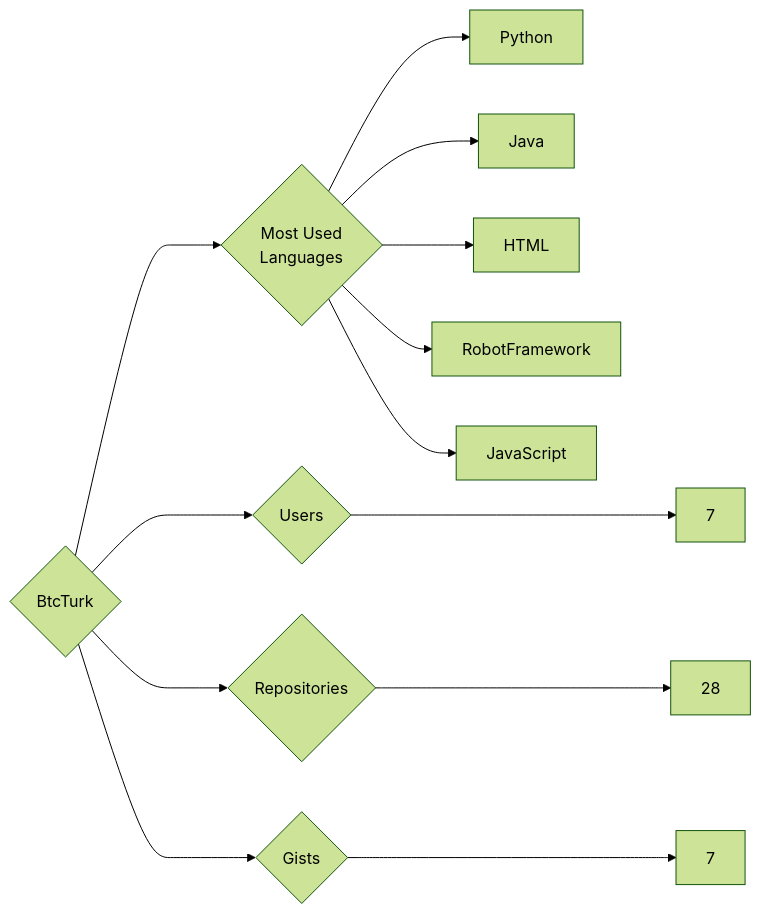
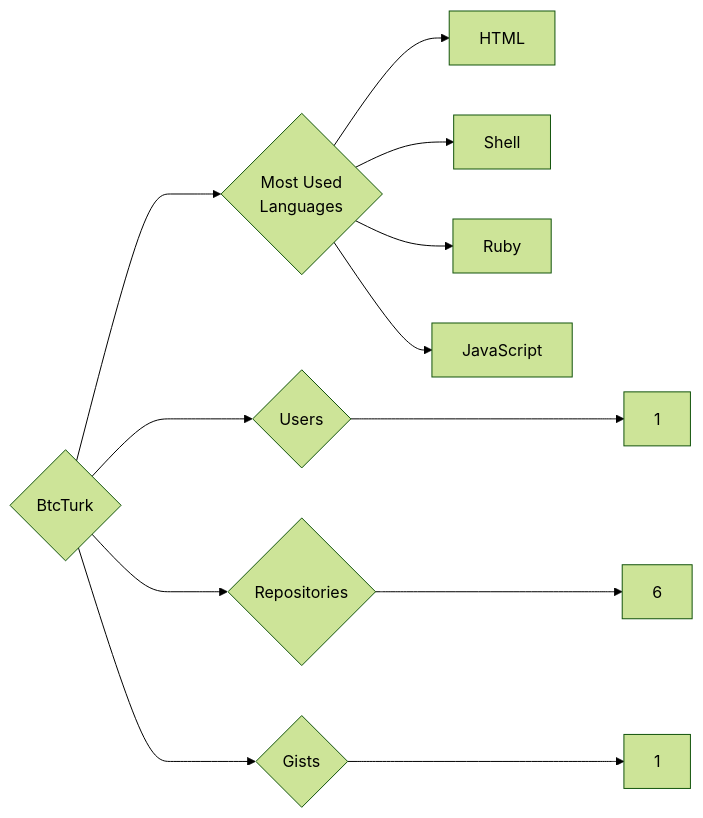
One commit to trickest/insiders changed the diagram in targets/BtcTurk/README.md. Above: the diagram before and after it, drawn with Mermaid (forest theme). The commit also changed 618 other files, not shown here.

````diff
--- a/targets/BtcTurk/README.md
+++ b/targets/BtcTurk/README.md
@@ -3,13 +3,12 @@
 ```mermaid
 graph LR
 COMPANY_NAME{BtcTurk}
-COMPANY_NAME ---> U{Users} ---> UN[7]
-COMPANY_NAME ---> R{Repositories} ---> RN[28]
-COMPANY_NAME ---> G{Gists} ---> GN[7]
+COMPANY_NAME ---> U{Users} ---> UN[1]
+COMPANY_NAME ---> R{Repositories} ---> RN[6]
+COMPANY_NAME ---> G{Gists} ---> GN[1]
 COMPANY_NAME ---> ML{Most Used<br>Languages}
-ML --> Python[Python]
-ML --> Java[Java]
 ML --> HTML[HTML]
-ML --> RobotFramework[RobotFramework]
+ML --> Shell[Shell]
+ML --> Ruby[Ruby]
 ML --> JavaScript[JavaScript]
 ```
````
